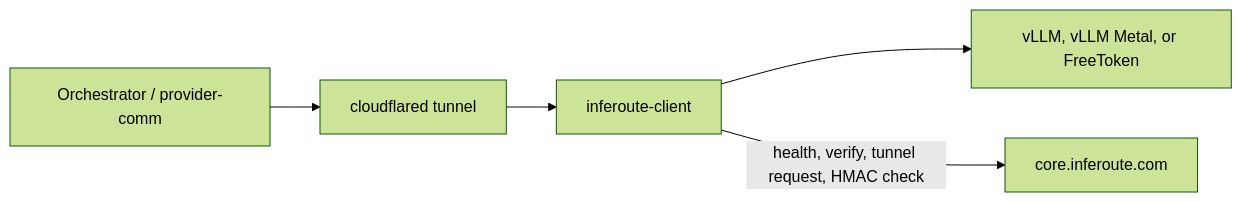
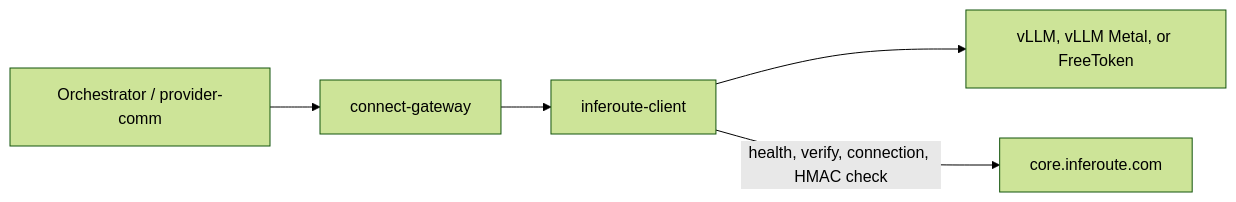
Before and after one commit to Inferoute/inferoute-client: the diagram in documentation/technical.md, drawn with Mermaid (forest theme). The commit also changed other lines of this file and 29 other files, not shown here.

Commit message:
Open an outbound connection to Inferoute and stop installing cloudflared.

````diff
--- a/documentation/technical.md
+++ b/documentation/technical.md
@@ -20,11 +20,11 @@
 ```mermaid
 flowchart LR
   Orch[Orchestrator / provider-comm]
-  CF[cloudflared tunnel]
+  GW[connect-gateway]
   Client[inferoute-client]
   LLM[vLLM, vLLM Metal, or FreeToken]
   Plat[core.inferoute.com]
 
-  Orch --> CF --> Client --> LLM
-  Client -->|health, verify, tunnel request, HMAC check| Plat
+  Orch --> GW --> Client --> LLM
+  Client -->|health, verify, connection, HMAC check| Plat
 ```
````
